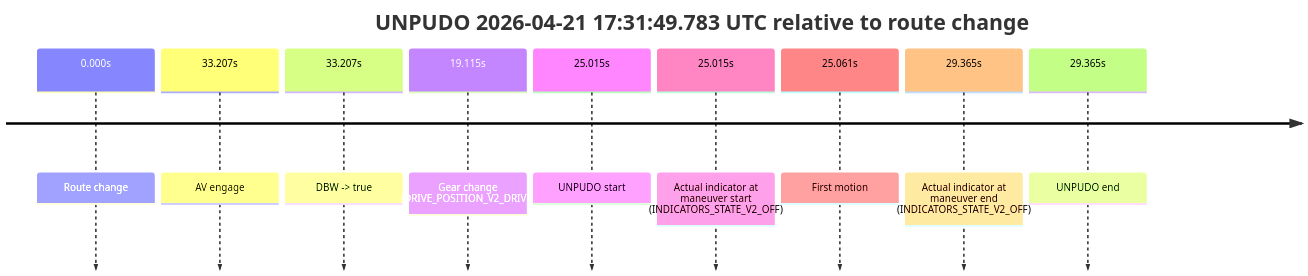
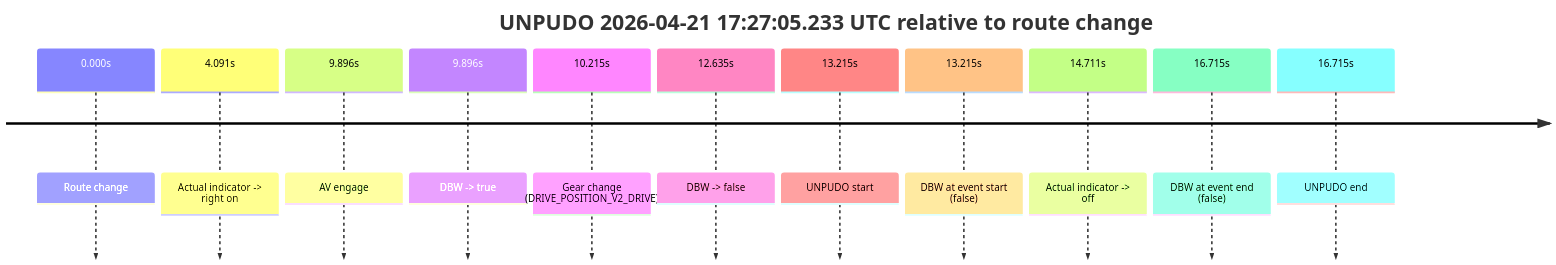
One commit to yoelshapiro/vault changed diagram 14 of 14 in model_analysis/report_cards/2026/04/Week-4/fme20032--2026-04-21--14-17-54--gen2-av-cae1b391-dab2-4ad8-8f3a-0c5f0814d292.md. Above: the diagram before and after it, drawn with Mermaid. The commit also changed other lines of this file and 2 other files, not shown here.

````diff
--- a/model_analysis/report_cards/2026/04/Week-4/fme20032--2026-04-21--14-17-54--gen2-av-cae1b391-dab2-4ad8-8f3a-0c5f0814d292.md
+++ b/model_analysis/report_cards/2026/04/Week-4/fme20032--2026-04-21--14-17-54--gen2-av-cae1b391-dab2-4ad8-8f3a-0c5f0814d292.md
@@ -966,13 +1231,15 @@
 ```mermaid
 timeline
-    title UNPUDO 2026-04-21 17:31:49.783 UTC relative to route change
+    title UNPUDO 2026-04-21 17:27:05.233 UTC relative to route change
     0.000s : Route change
-    33.207s : AV engage
-    33.207s : DBW -> true
-    19.115s : Gear change (DRIVE_POSITION_V2_DRIVE)
-    25.015s : UNPUDO start
-    25.015s : Actual indicator at maneuver start (INDICATORS_STATE_V2_OFF)
-    25.061s : First motion
-    29.365s : Actual indicator at maneuver end (INDICATORS_STATE_V2_OFF)
-    29.365s : UNPUDO end
+    4.091s : Actual indicator -> right on
+    9.896s : AV engage
+    9.896s : DBW -> true
+    10.215s : Gear change (DRIVE_POSITION_V2_DRIVE)
+    12.635s : DBW -> false
+    13.215s : UNPUDO start
+    13.215s : DBW at event start (false)
+    14.711s : Actual indicator -> off
+    16.715s : DBW at event end (false)
+    16.715s : UNPUDO end
 ```
````
